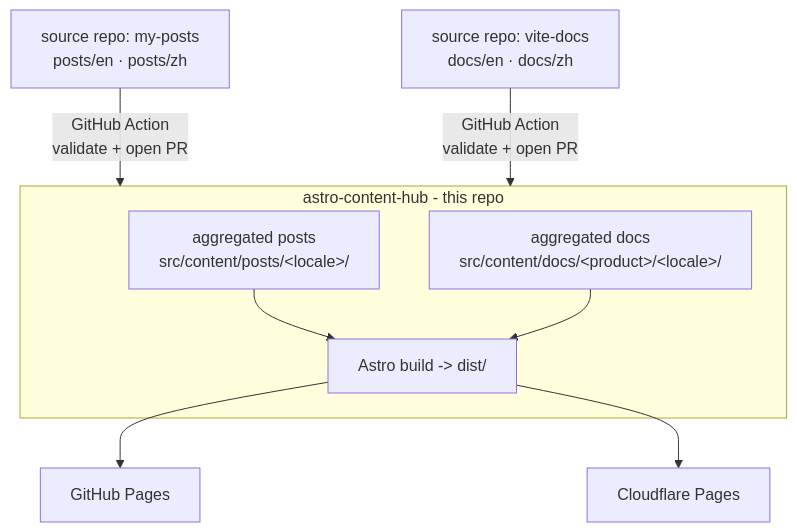
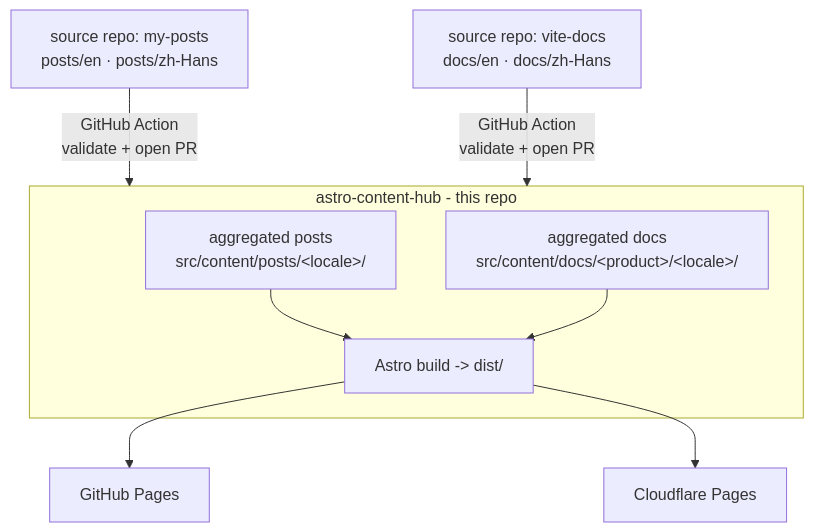
Before and after one commit to awareride/astro-content-hub: the diagram in README.md, drawn with Mermaid. The commit also changed other lines of this file and 49 other files, not shown here.

````diff
--- a/README.md
+++ b/README.md
@@ -118,19 +118,19 @@
 ```mermaid
 flowchart TD
-    A["source repo: my-posts<br/>posts/en · posts/zh"]
-    B["source repo: vite-docs<br/>docs/en · docs/zh"]
+    A["source repo: my-posts<br/>posts/en · posts/zh-Hans"]
+    B["source repo: vite-docs<br/>docs/en · docs/zh-Hans"]
 
     A -->|"GitHub Action<br/>validate + open PR"| HUB
     B -->|"GitHub Action<br/>validate + open PR"| HUB
 
     subgraph HUB["astro-content-hub - this repo"]
         C["aggregated posts<br/>src/content/posts/&lt;locale&gt;/"]
         D["aggregated docs<br/>src/content/docs/&lt;product&gt;/&lt;locale&gt;/"]
         E["Astro build -> dist/"]
         C --> E
         D --> E
     end
 
     E --> GH["GitHub Pages"]
     E --> CF["Cloudflare Pages"]
 ```
````
